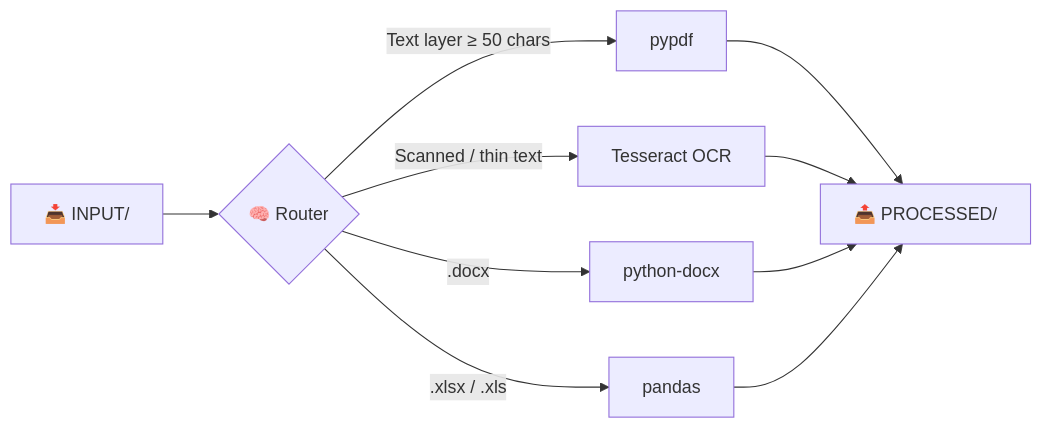
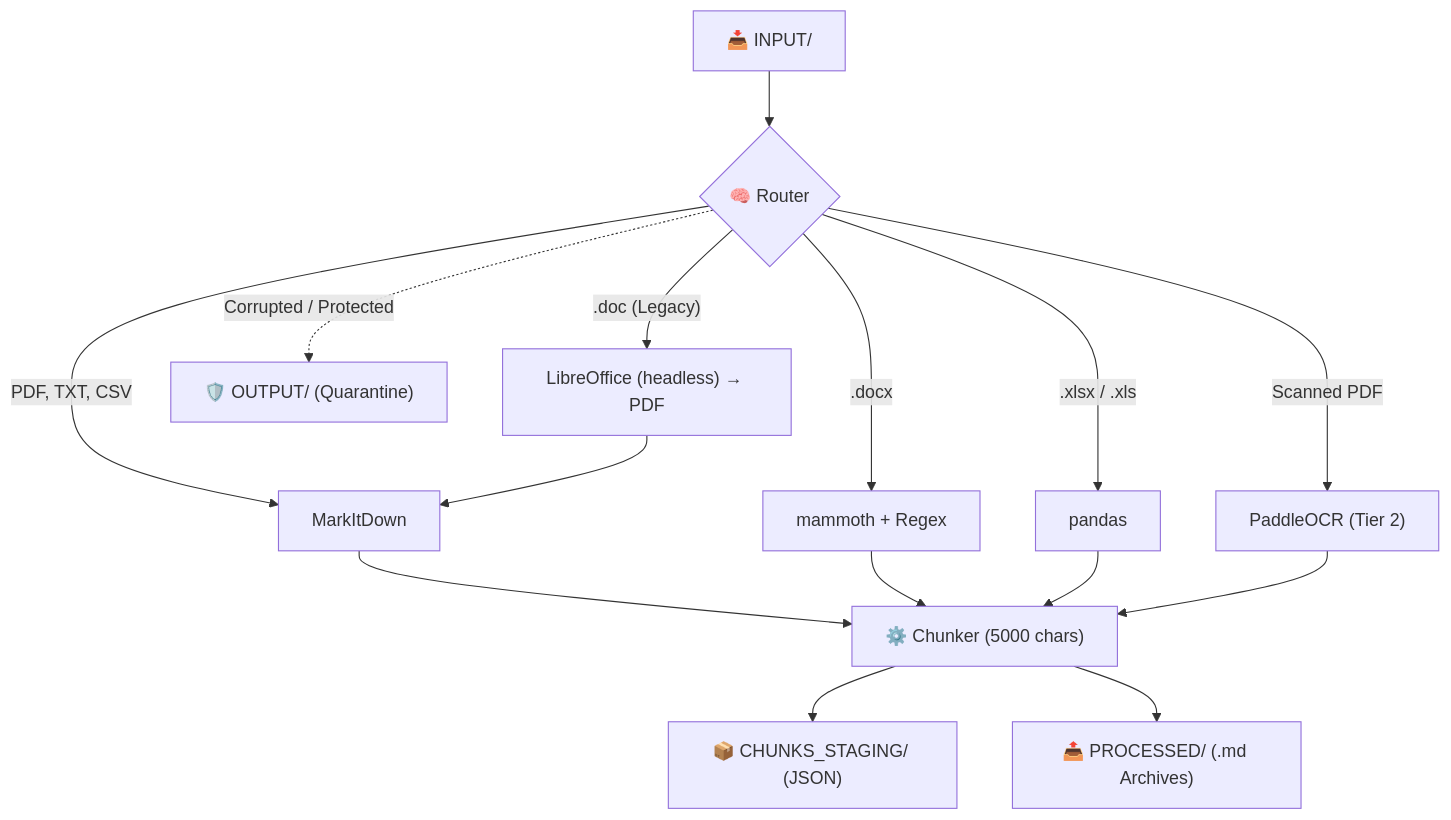
Before and after one commit to Falmer-128/smart-db: the first of 2 diagrams in README.md, drawn with Mermaid. The commit also changed other lines of this file and 2 other files, not shown here.

````diff
--- a/README.md
+++ b/README.md
@@ -193,12 +106,21 @@
 ```mermaid
-graph LR
+graph TD
     A["📥 INPUT/"] --> B{"🧠 Router"}
-    B -->|"Text layer ≥ 50 chars"| C["pypdf"]
-    B -->|"Scanned / thin text"| D["Tesseract OCR"]
-    B -->|".docx"| E["python-docx"]
+    
+    B -->|"PDF, TXT, CSV"| C["MarkItDown"]
+    B -->|".docx"| E["mammoth + Regex"]
     B -->|".xlsx / .xls"| F["pandas"]
-    C --> G["📤 PROCESSED/"]
-    D --> G
-    E --> G
-    F --> G
+    B -->|".doc (Legacy)"| L["LibreOffice (headless) → PDF"]
+    L --> C
+    B -->|"Scanned PDF"| G["PaddleOCR (Tier 2)"]
+    
+    C --> I["⚙️ Chunker (5000 chars)"]
+    E --> I
+    F --> I
+    G --> I
+    
+    I --> J["📦 CHUNKS_STAGING/ (JSON)"]
+    I --> K["📤 PROCESSED/ (.md Archives)"]
+    
+    B -.->|"Corrupted / Protected"| O["🛡️ OUTPUT/ (Quarantine)"]
 ```
````
